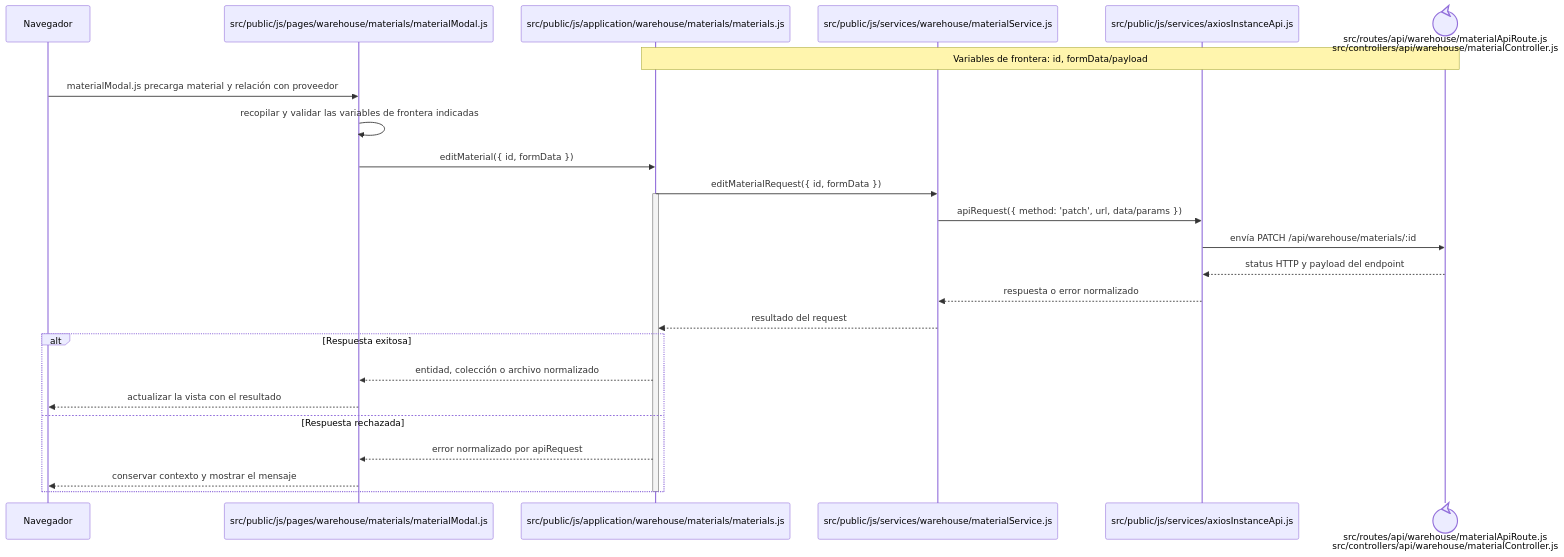
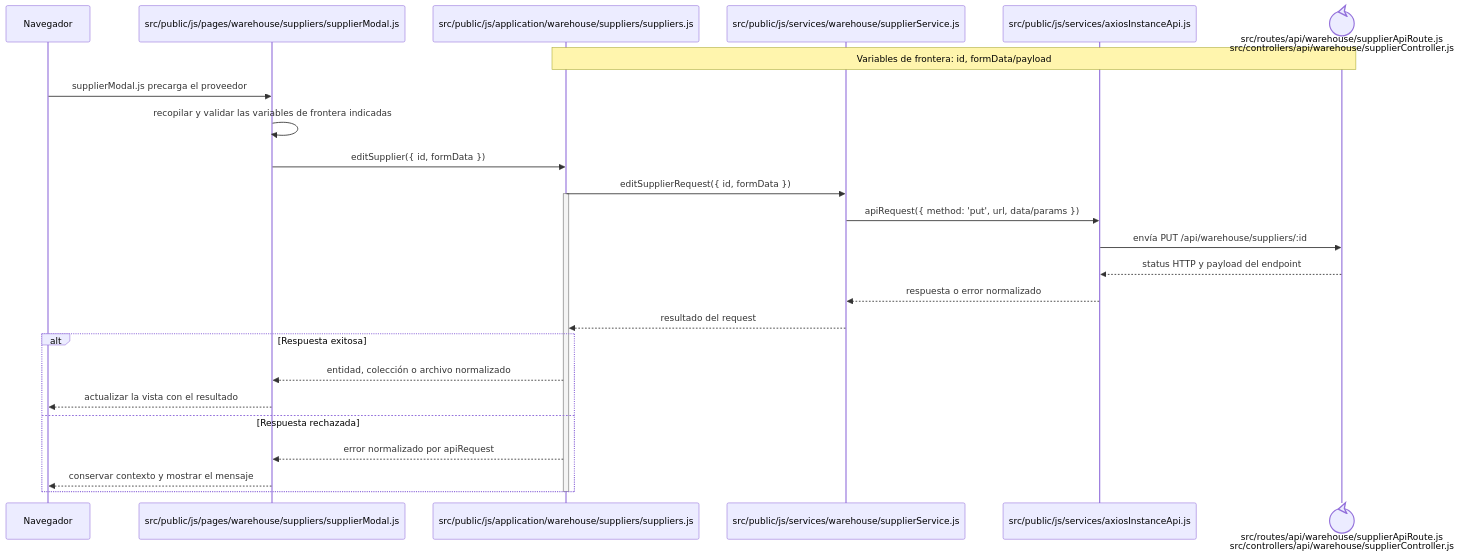
The diagram in docs/architecture/frontend-code-sequences/catalogs/cu-cat-03.md (gpgsistemas01/nexus), drawn with Mermaid before and after one commit. The commit also changed other lines of this file and 287 other files, not shown here.

````diff
--- a/docs/architecture/frontend-code-sequences/catalogs/cu-cat-03.md
+++ b/docs/architecture/frontend-code-sequences/catalogs/cu-cat-03.md
@@ -6,29 +6,29 @@
 ```mermaid
 sequenceDiagram
     participant Browser as Navegador
-    participant View as src/public/js/pages/warehouse/materials/materialModal.js
-    participant Application as src/public/js/application/warehouse/materials/materials.js
-    participant Request as src/public/js/services/warehouse/materialService.js
+    participant View as src/public/js/pages/warehouse/suppliers/supplierModal.js
+    participant Application as src/public/js/application/warehouse/suppliers/suppliers.js
+    participant Request as src/public/js/services/warehouse/supplierService.js
     participant HTTP as src/public/js/services/axiosInstanceApi.js
-    participant Transport@{ "type": "control" } as src/routes/api/warehouse/materialApiRoute.js<br/>src/controllers/api/warehouse/materialController.js
+    participant Transport@{ "type": "control" } as src/routes/api/warehouse/supplierApiRoute.js<br/>src/controllers/api/warehouse/supplierController.js
     Note over Application,Transport: Variables de frontera: id, formData/payload
 
-    Browser->>View: materialModal.js precarga material y relación con proveedor
+    Browser->>View: supplierModal.js precarga el proveedor
     View->>View: recopilar y validar las variables de frontera indicadas
-    View->>Application: editMaterial({ id, formData })
-    Application->>Request: editMaterialRequest({ id, formData })
+    View->>Application: editSupplier({ id, formData })
+    Application->>Request: editSupplierRequest({ id, formData })
     activate Application
-    Request->>HTTP: apiRequest({ method: 'patch', url, data/params })
-    HTTP->>Transport: envía PATCH /api/warehouse/materials/:id
+    Request->>HTTP: apiRequest({ method: 'put', url, data/params })
+    HTTP->>Transport: envía PUT /api/warehouse/suppliers/:id
     Transport-->>HTTP: status HTTP y payload del endpoint
     HTTP-->>Request: respuesta o error normalizado
     Request-->>Application: resultado del request
     alt Respuesta exitosa
         Application-->>View: entidad, colección o archivo normalizado
         View-->>Browser: actualizar la vista con el resultado
     else Respuesta rechazada
         Application-->>View: error normalizado por apiRequest
         View-->>Browser: conservar contexto y mostrar el mensaje
     end
     deactivate Application
 ```
````
